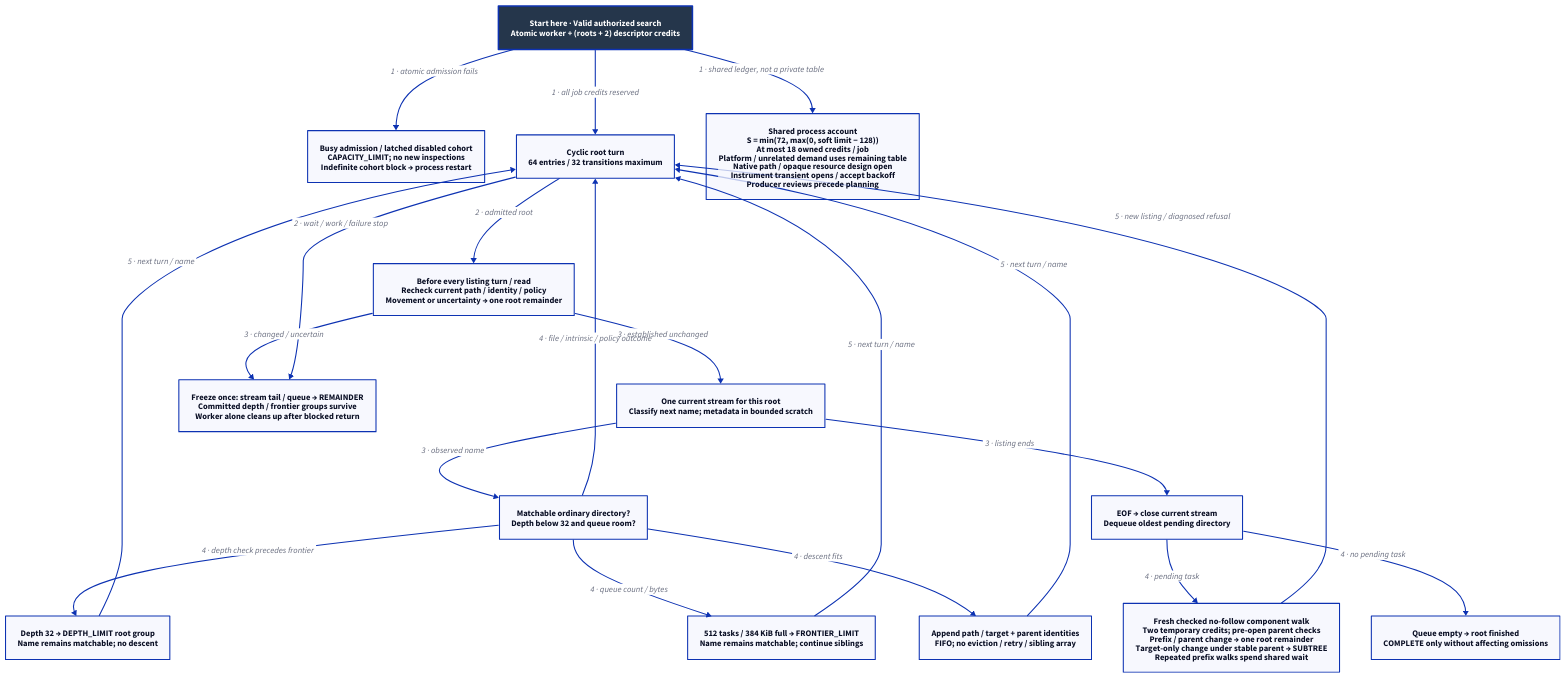
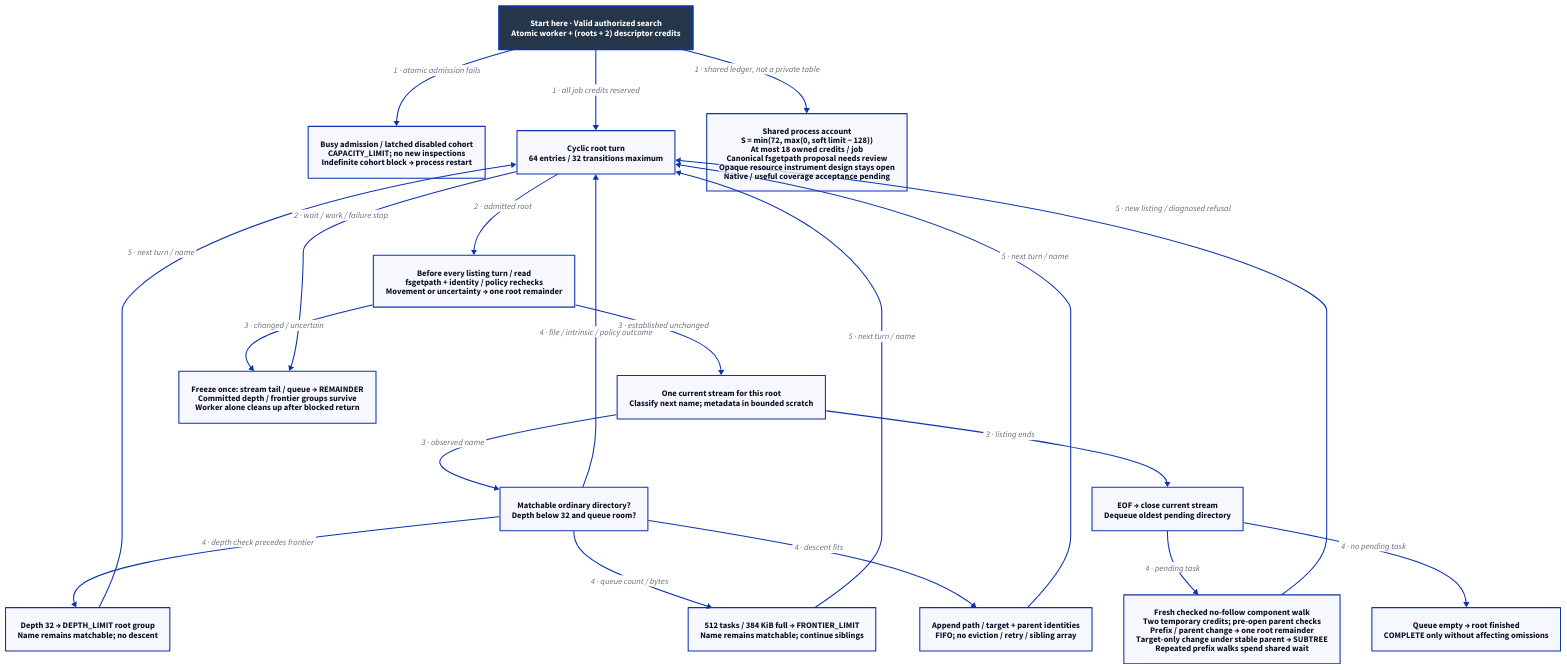
The diagram in docs/design/architecture/search-traversal.d2 (Linkuistics/Koine), drawn with D2 before and after one commit. The commit also changed 24 other files, not shown here.

Commit message:
search-canonical-paths-k108: specify lossless fsgetpath observations and native size subjects

```diff
--- a/docs/design/architecture/search-traversal.d2
+++ b/docs/design/architecture/search-traversal.d2
@@ -1,38 +1,38 @@
 # Proposed per-root algorithm; process account is shared by every job/instance.
 direction: down
 classes: {
   start: {style: {fill: "#25364B"; font-color: "#FFFFFF"; bold: true; stroke-width: 3}}
 }
 Start: "Start here · Valid authorized search\nAtomic worker + (roots + 2) descriptor credits" {class: start}
 Refuse: "Busy admission / latched disabled cohort\nCAPACITY_LIMIT; no new inspections\nIndefinite cohort block → process restart"
 Cycle: "Cyclic root turn\n64 entries / 32 transitions maximum"
-Check: "Before every listing turn / read\nRecheck current path / identity / policy\nMovement or uncertainty → one root remainder"
+Check: "Before every listing turn / read\nfsgetpath + identity / policy rechecks\nMovement or uncertainty → one root remainder"
 Stream: "One current stream for this root\nClassify next name; metadata in bounded scratch"
 Anchor: "Matchable ordinary directory?\nDepth below 32 and queue room?"
 Depth: "Depth 32 → DEPTH_LIMIT root group\nName remains matchable; no descent"
 Frontier: "512 tasks / 384 KiB full → FRONTIER_LIMIT\nName remains matchable; continue siblings"
 Queue: "Append path / target + parent identities\nFIFO; no eviction / retry / sibling array"
 EOF: "EOF → close current stream\nDequeue oldest pending directory"
 Done: "Queue empty → root finished\nCOMPLETE only without affecting omissions"
 Walk: "Fresh checked no-follow component walk\nTwo temporary credits; pre-open parent checks\nPrefix / parent change → one root remainder\nTarget-only change under stable parent → SUBTREE\nRepeated prefix walks spend shared wait"
 Stop: "Freeze once: stream tail / queue → REMAINDER\nCommitted depth / frontier groups survive\nWorker alone cleans up after blocked return"
-Limits: "Shared process account\nS = min(72, max(0, soft limit − 128))\nAt most 18 owned credits / job\nPlatform / unrelated demand uses remaining table\nNative path / opaque resource design open\nInstrument transient opens / accept backoff\nProducer reviews precede planning"
+Limits: "Shared process account\nS = min(72, max(0, soft limit − 128))\nAt most 18 owned credits / job\nCanonical fsgetpath proposal needs review\nOpaque resource instrument design stays open\nNative / useful coverage acceptance pending"
 Start -> Refuse: "1 · atomic admission fails"
 Start -> Cycle: "1 · all job credits reserved"
 Start -> Limits: "1 · shared ledger, not a private table"
 Cycle -> Check: "2 · admitted root"
 Check -> Stream: "3 · established unchanged"
 Check -> Stop: "3 · changed / uncertain"
 Stream -> Anchor: "3 · observed name"
 Anchor -> Depth: "4 · depth check precedes frontier"
 Anchor -> Frontier: "4 · queue count / bytes"
 Anchor -> Queue: "4 · descent fits"
 Anchor -> Cycle: "4 · file / intrinsic / policy outcome"
 Depth -> Cycle: "5 · next turn / name"
 Frontier -> Cycle: "5 · next turn / name"
 Queue -> Cycle: "5 · next turn / name"
 Stream -> EOF: "3 · listing ends"
 EOF -> Walk: "4 · pending task"
 EOF -> Done: "4 · no pending task"
 Walk -> Cycle: "5 · new listing / diagnosed refusal"
 Cycle -> Stop: "2 · wait / work / failure stop"
```
